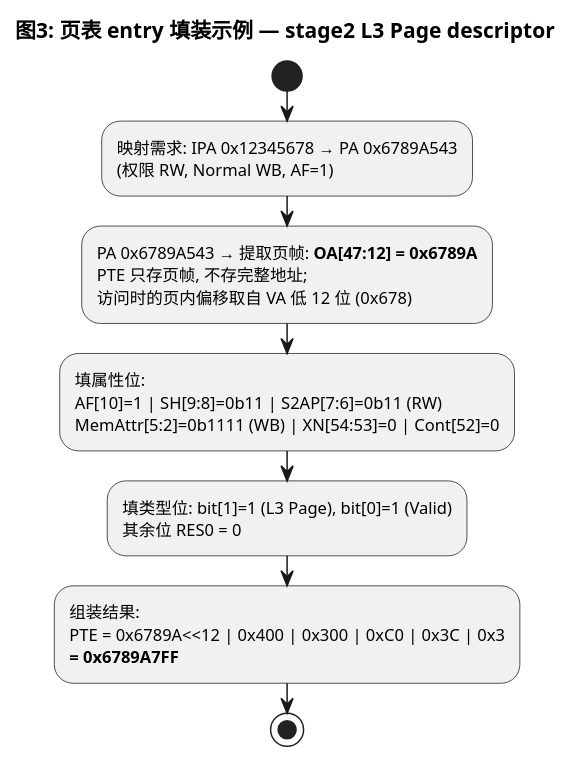
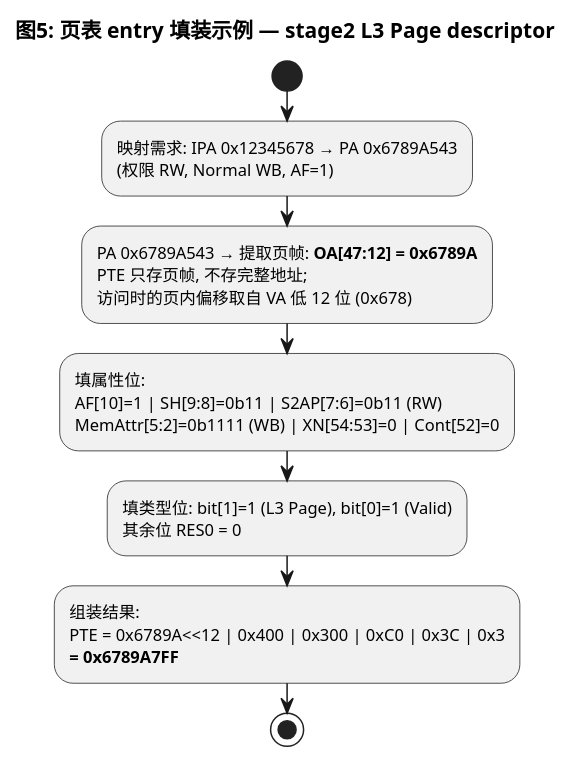
One commit to AkiraZheng/AkiraZheng.github.io changed the fifth of 12 diagrams in source/_posts/ARM64-BBML源码分析-BBML0-BBML3.md. Above: the diagram before and after it, drawn with PlantUML. The commit also changed other lines of this file and 10 other files, not shown here.

````diff
--- a/source/_posts/ARM64-BBML源码分析-BBML0-BBML3.md
+++ b/source/_posts/ARM64-BBML源码分析-BBML0-BBML3.md
@@ -223,15 +413,15 @@
 ```plantuml
 @startuml
 skinparam backgroundColor white
 skinparam defaultFontSize 11
-title 图3: 页表 entry 填装示例 — stage2 L3 Page descriptor
+title 图5: 页表 entry 填装示例 — stage2 L3 Page descriptor
 
 start
 :映射需求: IPA 0x12345678 → PA 0x6789A543\n(权限 RW, Normal WB, AF=1);
 :PA 0x6789A543 → 提取页帧: **OA[47:12] = 0x6789A**\nPTE 只存页帧, 不存完整地址;\n访问时的页内偏移取自 VA 低 12 位 (0x678);
 :填属性位:\nAF[10]=1 | SH[9:8]=0b11 | S2AP[7:6]=0b11 (RW)\nMemAttr[5:2]=0b1111 (WB) | XN[54:53]=0 | Cont[52]=0;
 :填类型位: bit[1]=1 (L3 Page), bit[0]=1 (Valid)\n其余位 RES0 = 0;
 :组装结果:\nPTE = 0x6789A<<12 | 0x400 | 0x300 | 0xC0 | 0x3C | 0x3\n**= 0x6789A7FF**;
 stop
 @enduml
 ```
````
